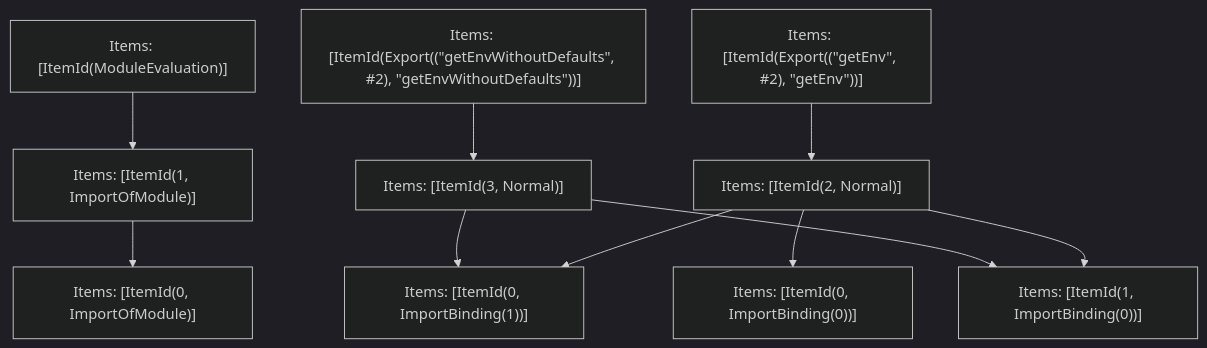
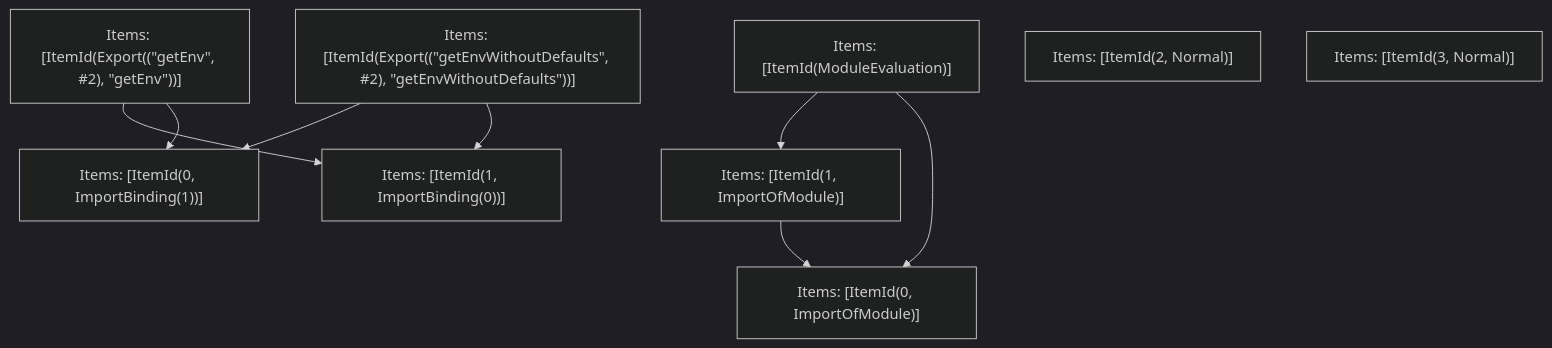
Before and after one commit to Sonar-UX-Testing-FreePlan/next.js: the fifth of 5 diagrams in turbopack/crates/turbopack-ecmascript/tests/tree-shaker/analyzer/otel-core/output.md, drawn with Mermaid (dark theme). The commit also changed other lines of this file and 38 other files, not shown here.

````diff
--- a/turbopack/crates/turbopack-ecmascript/tests/tree-shaker/analyzer/otel-core/output.md
+++ b/turbopack/crates/turbopack-ecmascript/tests/tree-shaker/analyzer/otel-core/output.md
@@ -174,22 +174,19 @@
 ```mermaid
 graph TD
     N0["Items: [ItemId(ModuleEvaluation)]"];
     N1["Items: [ItemId(Export((&quot;getEnv&quot;, #2), &quot;getEnv&quot;))]"];
     N2["Items: [ItemId(Export((&quot;getEnvWithoutDefaults&quot;, #2), &quot;getEnvWithoutDefaults&quot;))]"];
     N3["Items: [ItemId(0, ImportOfModule)]"];
-    N4["Items: [ItemId(0, ImportBinding(0))]"];
-    N5["Items: [ItemId(0, ImportBinding(1))]"];
-    N6["Items: [ItemId(1, ImportOfModule)]"];
-    N7["Items: [ItemId(1, ImportBinding(0))]"];
-    N8["Items: [ItemId(2, Normal)]"];
-    N9["Items: [ItemId(3, Normal)]"];
-    N6 --> N3;
-    N1 --> N8;
-    N2 --> N9;
-    N8 --> N5;
-    N8 --> N7;
-    N8 --> N4;
-    N9 --> N5;
-    N9 --> N7;
-    N0 --> N6;
+    N4["Items: [ItemId(0, ImportBinding(1))]"];
+    N5["Items: [ItemId(1, ImportOfModule)]"];
+    N6["Items: [ItemId(1, ImportBinding(0))]"];
+    N7["Items: [ItemId(2, Normal)]"];
+    N8["Items: [ItemId(3, Normal)]"];
+    N5 --> N3;
+    N1 --> N6;
+    N2 --> N4;
+    N0 --> N5;
+    N2 --> N6;
+    N1 --> N4;
+    N0 --> N3;
 ```
````
